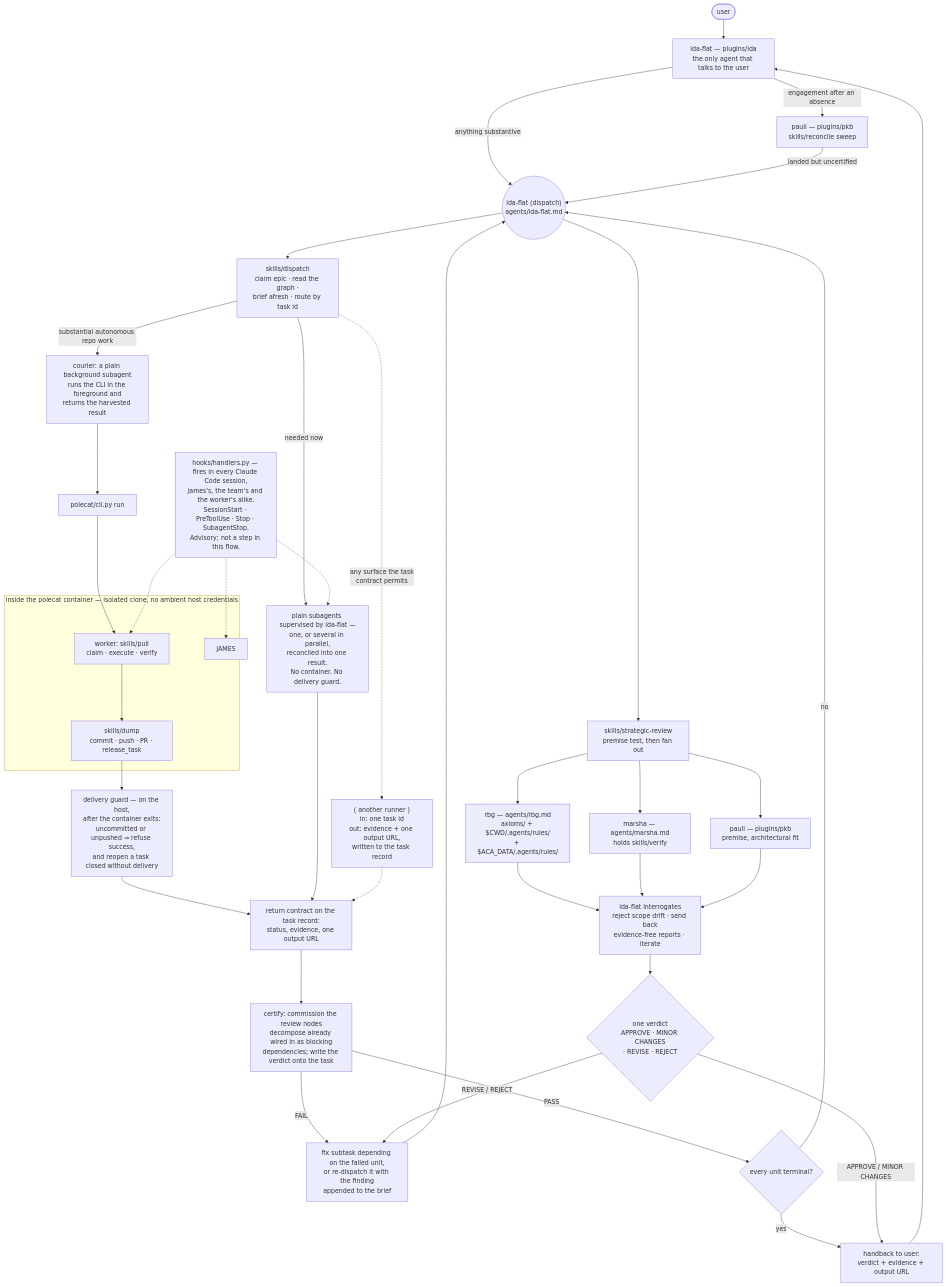
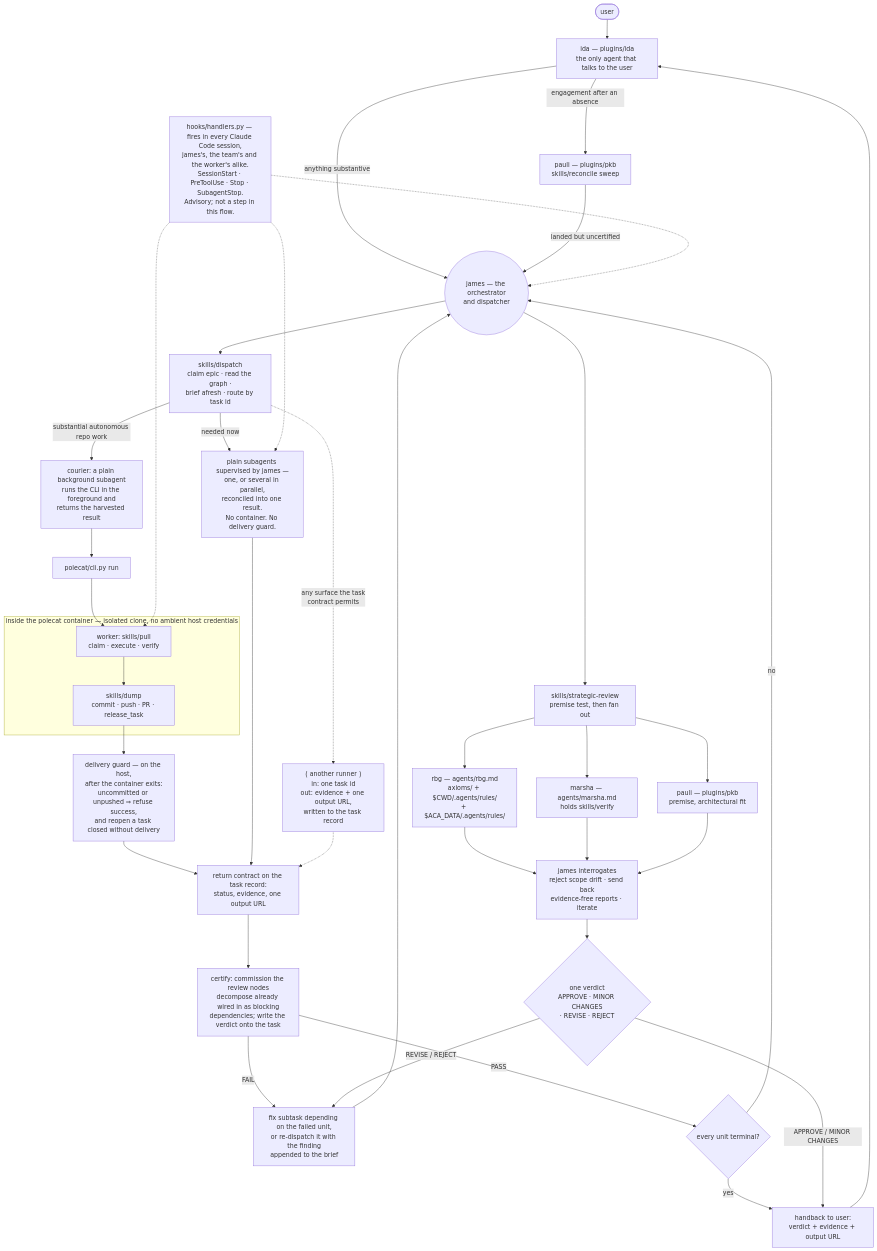
The diagram in plugins.disabled/aops/README.md (nicsuzor/academicOps), drawn with Mermaid before and after one commit. The commit also changed other lines of this file and 4 other files, not shown here.

First line of the commit message:
Restore layered topology: ida -> james -> workers; remove ida-flat; add ida output contract

````diff
--- a/plugins.disabled/aops/README.md
+++ b/plugins.disabled/aops/README.md
@@ -7,52 +7,52 @@
 ```mermaid
 flowchart TD
-    USER([user]) --> IDA["ida-flat — plugins/ida<br/>the only agent that talks to the user"]
+    USER([user]) --> IDA["ida — plugins/ida<br/>the only agent that talks to the user"]
     IDA -->|"anything substantive"| DISP
     IDA -->|"engagement after an absence"| PAULI["pauli — plugins/pkb<br/>skills/reconcile sweep"]
     PAULI -->|"landed but uncertified"| DISP
 
-    DISP(("ida-flat (dispatch)<br/>agents/ida-flat.md"))
+    DISP(("james — the orchestrator<br/>and dispatcher"))
     DISP --> SR["skills/strategic-review<br/>premise test, then fan out"]
     DISP --> DISPATCH_SKILL["skills/dispatch<br/>claim epic · read the graph ·<br/>brief afresh · route by task id"]
 
     SR --> RBG["rbg — agents/rbg.md<br/>axioms/ + $CWD/.agents/rules/<br/>+ $ACA_DATA/.agents/rules/"]
     SR --> MARSHA["marsha — agents/marsha.md<br/>holds skills/verify"]
     SR --> PAULI2["pauli — plugins/pkb<br/>premise, architectural fit"]
     RBG --> INTERROGATE
     MARSHA --> INTERROGATE
-    PAULI2 --> INTERROGATE["ida-flat interrogates<br/>reject scope drift · send back<br/>evidence-free reports · iterate"]
+    PAULI2 --> INTERROGATE["james interrogates<br/>reject scope drift · send back<br/>evidence-free reports · iterate"]
     INTERROGATE --> VERDICT{"one verdict<br/>APPROVE · MINOR CHANGES<br/>· REVISE · REJECT"}
 
-    DISPATCH_SKILL -->|"needed now"| TEAM["plain subagents supervised by ida-flat —<br/>one, or several in parallel,<br/>reconciled into one result.<br/>No container. No delivery guard."]
+    DISPATCH_SKILL -->|"needed now"| TEAM["plain subagents supervised by james —<br/>one, or several in parallel,<br/>reconciled into one result.<br/>No container. No delivery guard."]
     DISPATCH_SKILL -->|"substantial autonomous repo work"| COURIER["courier: a plain background subagent<br/>runs the CLI in the foreground and<br/>returns the harvested result"]
     DISPATCH_SKILL -.->|"any surface the task<br/>contract permits"| OTHER["( another runner )<br/>in: one task id<br/>out: evidence + one output URL,<br/>written to the task record"]
 
     COURIER --> CLI["polecat/cli.py run"]
 
     subgraph POLECAT["inside the polecat container — isolated clone, no ambient host credentials"]
         WORKER["worker: skills/pull<br/>claim · execute · verify"]
         WORKER --> DUMPSKILL["skills/dump<br/>commit · push · PR · release_task"]
     end
 
     CLI --> WORKER
     DUMPSKILL --> GUARD["delivery guard — on the host,<br/>after the container exits:<br/>uncommitted or unpushed ⇒ refuse success,<br/>and reopen a task closed without delivery"]
 
     GUARD --> LANDED["return contract on the task record:<br/>status, evidence, one output URL"]
     TEAM --> LANDED
     OTHER -.-> LANDED
 
     LANDED --> CERT["certify: commission the review nodes<br/>decompose already wired in as blocking<br/>dependencies; write the verdict onto the task"]
     CERT -->|"FAIL"| REWORK["fix subtask depending on the failed unit,<br/>or re-dispatch it with the finding<br/>appended to the brief"]
     REWORK --> DISP
     CERT -->|"PASS"| ALLDONE{"every unit terminal?"}
     ALLDONE -->|"no"| DISP
     ALLDONE -->|"yes"| BACK["handback to user:<br/>verdict + evidence + output URL"]
     VERDICT -->|"REVISE / REJECT"| REWORK
     VERDICT -->|"APPROVE / MINOR CHANGES"| BACK
     BACK --> IDA
 
     HOOKS["hooks/handlers.py — fires in every Claude Code session,<br/>james's, the team's and the worker's alike.<br/>SessionStart · PreToolUse · Stop · SubagentStop.<br/>Advisory; not a step in this flow."]
-    HOOKS -.-> JAMES
+    HOOKS -.-> DISP
     HOOKS -.-> TEAM
     HOOKS -.-> WORKER
 ```
````
